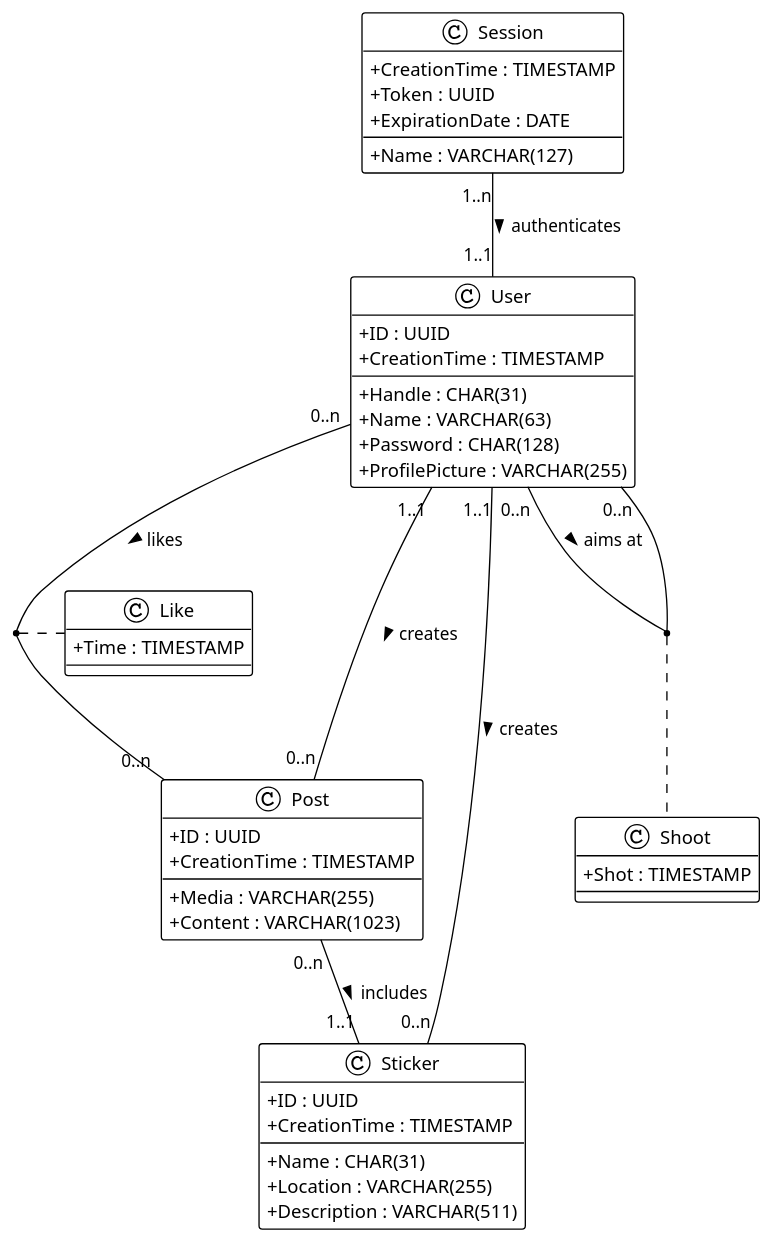
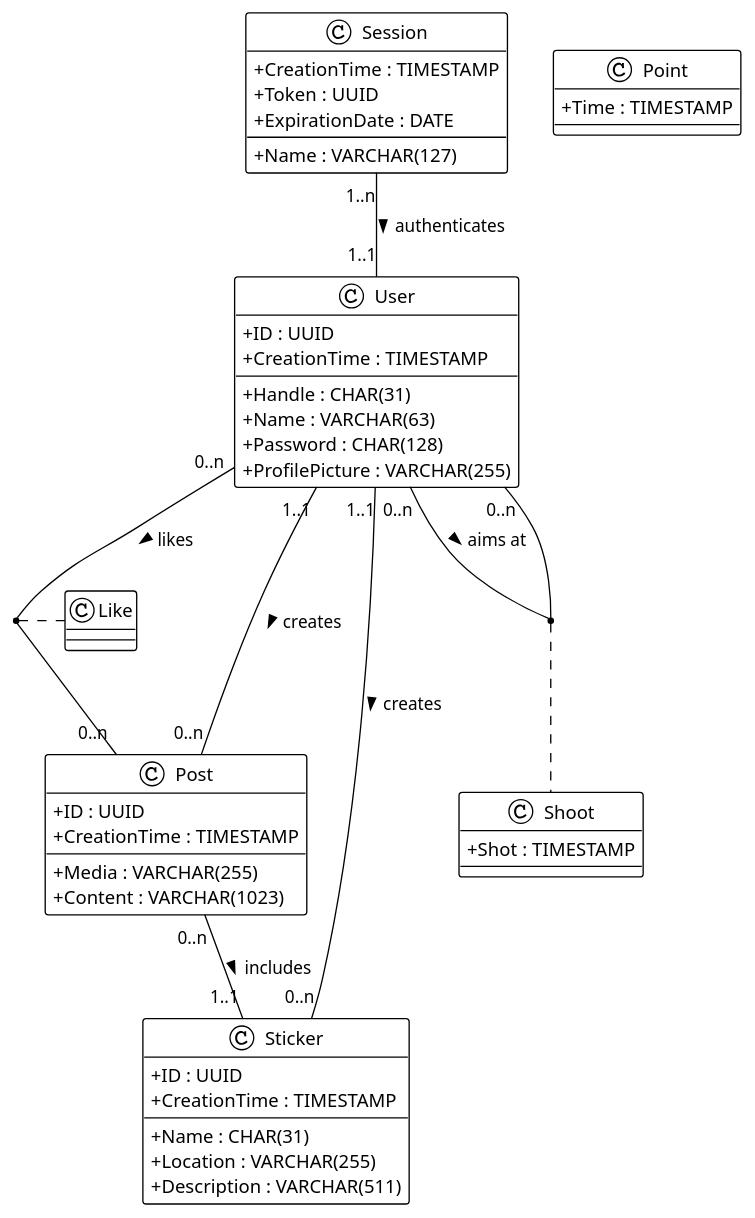
One commit to luca-baeck/Soziales-Netzwerk changed the diagram in doc/hiddlestick.puml. Above: the diagram before and after it, drawn with PlantUML. The commit also changed 3 other files, not shown here.

Commit message:
Changed the name of Like to Point

```diff
--- a/doc/hiddlestick.puml
+++ b/doc/hiddlestick.puml
@@ -1,72 +1,72 @@
 @startuml hiddlestick
 
 !theme plain
 skinparam ClassAttributeIconSize 0
 
 class User{
     + ID : UUID
     + Handle : CHAR(31)
     + Name : VARCHAR(63)
     + Password : CHAR(128)
     + ProfilePicture : VARCHAR(255)
     + CreationTime : TIMESTAMP
 }
 
 class Post{
     + ID : UUID
     /'
     /+ CreatorID : UUID
     /+ StickerID : UUID
     '/
     + Media : VARCHAR(255)
     + Content : VARCHAR(1023)
     + CreationTime : TIMESTAMP
 }
 
 class Sticker{
     + ID : UUID
     + Name : CHAR(31)
     + Location : VARCHAR(255)
     /'
     /+ CreatorID : UUID
     '/
     + Description : VARCHAR(511)
     + CreationTime : TIMESTAMP
 }
 
 User "0..n" -- "0..n" User : aims at >
 (User, User) . Shoot
 User "1..1" -- "0..n" Post : creates >
 User "1..1" -- "0..n" Sticker : creates >
 Post "0..n" -- "1..1" Sticker : includes >
 User "0..n" -- "0..n" Post : likes >
 Session "1..n" -- "1..1" User : authenticates >
 (User, Post) . Like
 
 class Shoot{
     /'
     /+ Target : UUID
     /+ Archer : UUID
     '/
     + Shot : TIMESTAMP
 }
 
-class Like{
+class Point{
     /'
     /+ PostID : UUID
     /+ UserID : UUID
     '/
     + Time : TIMESTAMP
 }
 
 class Session{
     /'
     /+ UserID : UUID
     '/
     + CreationTime : TIMESTAMP
     + Name : VARCHAR(127)
     + Token : UUID
     + ExpirationDate : DATE
 }
 
 @enduml
```
